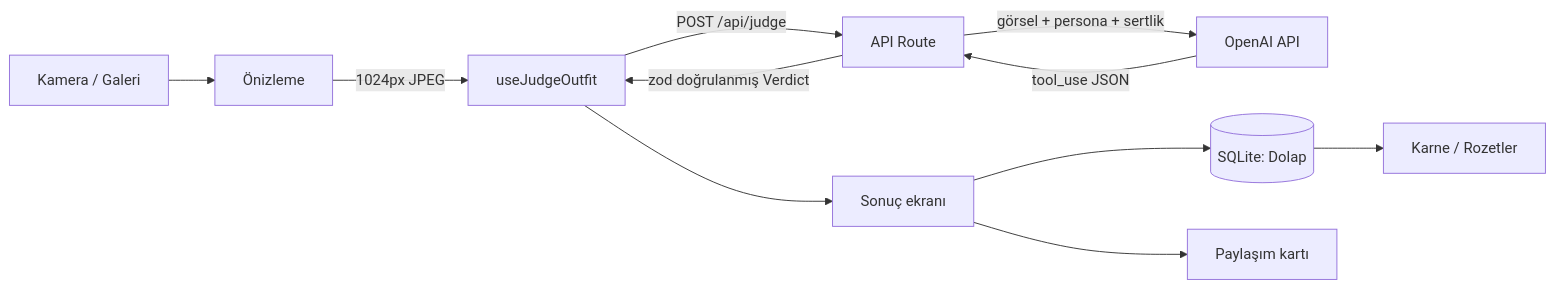
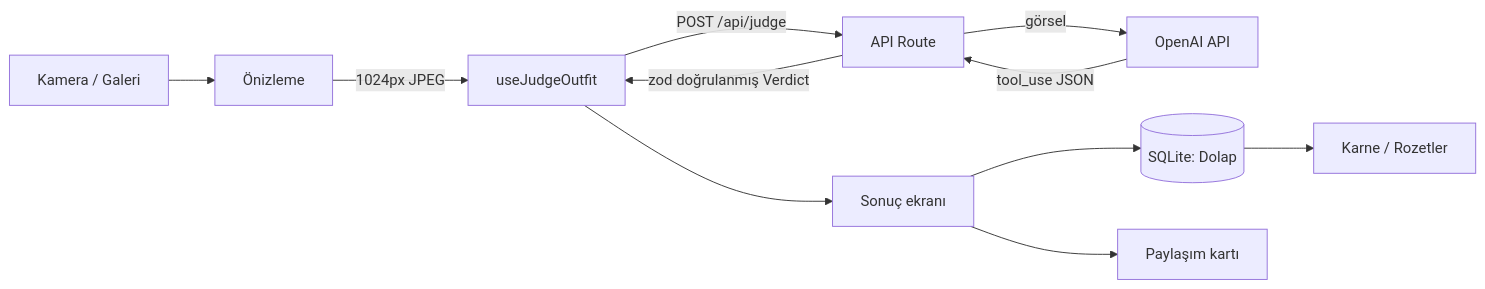
The diagram in docs/PRODUCT.md (ysfylcnky/kombin-hakemi), drawn with Mermaid before and after one commit. The commit also changed other lines of this file and 16 other files, not shown here.

````diff
--- a/docs/PRODUCT.md
+++ b/docs/PRODUCT.md
@@ -37,13 +36,13 @@
 ```mermaid
 flowchart LR
   A[Kamera / Galeri] --> B[Önizleme]
   B -->|1024px JPEG| C[useJudgeOutfit]
   C -->|POST /api/judge| D[API Route]
-  D -->|görsel + persona + sertlik| E[OpenAI API]
+  D -->|görsel| E[OpenAI API]
   E -->|tool_use JSON| D
   D -->|zod doğrulanmış Verdict| C
   C --> F[Sonuç ekranı]
   F --> G[(SQLite: Dolap)]
   G --> H[Karne / Rozetler]
   F --> I[Paylaşım kartı]
 ```
````
